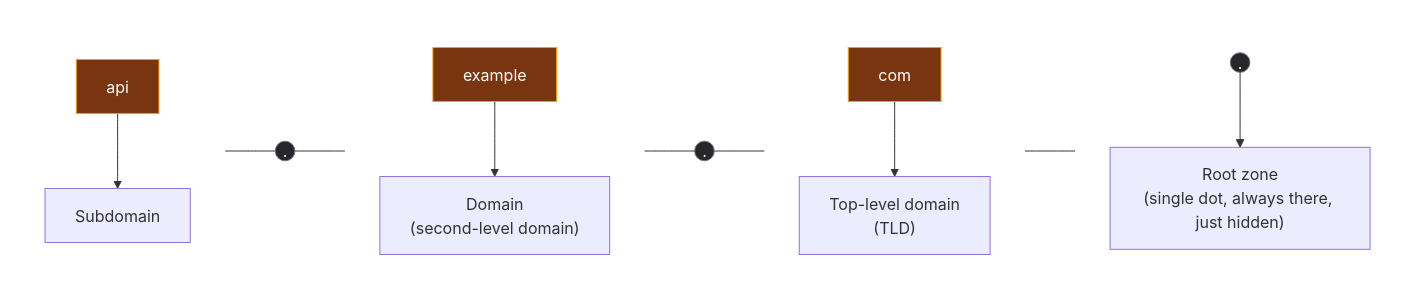
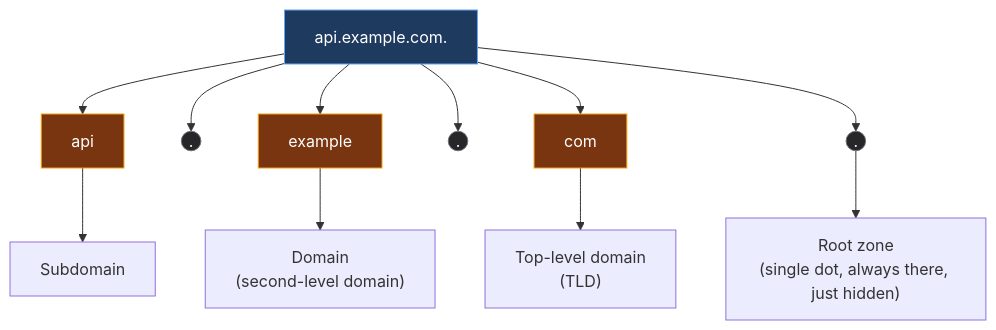
One commit to ayuslharora/blog-ayuslh changed the first of 4 diagrams in content/posts/networking/ch23-dns-domain-name-system.mdx. Above: the diagram before and after it, drawn with Mermaid.

Commit message:
Add top-level FQDN string to Ch.23 diagram
Show the literal "api.example.com." string as a root node that fans
out into its six split pieces, so the diagram now reads as one
continuous split (string -> pieces -> labels) instead of starting
from the already-split pieces. Verified against the live dev server.

````diff
--- a/content/posts/networking/ch23-dns-domain-name-system.mdx
+++ b/content/posts/networking/ch23-dns-domain-name-system.mdx
@@ -58,41 +58,23 @@
 ```mermaid
-flowchart LR
-    subgraph G1[" "]
-        direction TB
-        Sub["api"]
-        SubL["Subdomain"]
-        Sub --> SubL
-    end
-    D1((".")) 
-    subgraph G2[" "]
-        direction TB
-        Dom["example"]
-        DomL["Domain<br/>(second-level domain)"]
-        Dom --> DomL
-    end
-    D2((".")) 
-    subgraph G3[" "]
-        direction TB
-        Tld["com"]
-        TldL["Top-level domain<br/>(TLD)"]
-        Tld --> TldL
-    end
-    subgraph G4[" "]
-        direction TB
-        D3((".")) 
-        RootL["Root zone<br/>(single dot, always there, just hidden)"]
-        D3 --> RootL
-    end
-    G1 --- D1 --- G2 --- D2 --- G3 --- G4
+flowchart TD
+    FQDN["api.example.com."]
+    FQDN --> Sub["api"]
+    FQDN --> D1((".")) 
+    FQDN --> Dom["example"]
+    FQDN --> D2((".")) 
+    FQDN --> Tld["com"]
+    FQDN --> D3((".")) 
 
+    Sub --> SubL["Subdomain"]
+    Dom --> DomL["Domain<br/>(second-level domain)"]
+    Tld --> TldL["Top-level domain<br/>(TLD)"]
+    D3 --> RootL["Root zone<br/>(single dot, always there, just hidden)"]
+
+    style FQDN fill:#1e3a5f,stroke:#60a5fa,color:#fff
     style Sub fill:#78350f,stroke:#f59e0b,color:#fff
     style Dom fill:#78350f,stroke:#f59e0b,color:#fff
     style Tld fill:#78350f,stroke:#f59e0b,color:#fff
     style D1 fill:#27272a,stroke:#71717a,color:#fff
     style D2 fill:#27272a,stroke:#71717a,color:#fff
     style D3 fill:#27272a,stroke:#71717a,color:#fff
-    style G1 fill:transparent,stroke:transparent
-    style G2 fill:transparent,stroke:transparent
-    style G3 fill:transparent,stroke:transparent
-    style G4 fill:transparent,stroke:transparent
 ```
````
